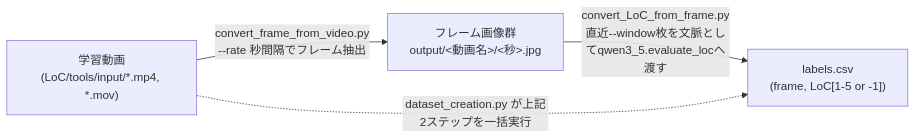
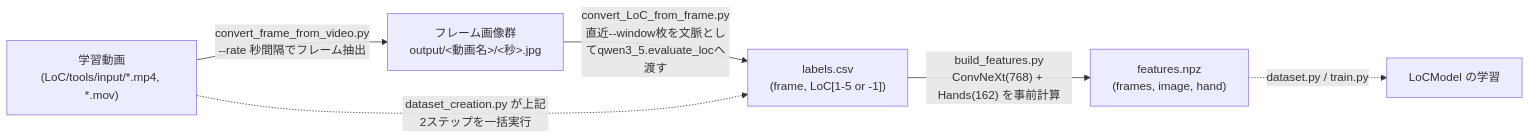
Before and after one commit to moriiwad326-lab/Online_study_room: the second of 2 diagrams in README.md, drawn with Mermaid. The commit also changed other lines of this file and 1 other file, not shown here.

First line of the commit message:
Document the LoC architecture and pipeline in the READMEs

````diff
--- a/README.md
+++ b/README.md
@@ -107,6 +200,10 @@
 ```mermaid
 flowchart LR
     V["学習動画\n(LoC/tools/input/*.mp4, *.mov)"] -->|"convert_frame_from_video.py\n--rate 秒間隔でフレーム抽出"| F["フレーム画像群\noutput/<動画名>/<秒>.jpg"]
     F -->|"convert_LoC_from_frame.py\n直近--window枚を文脈としてqwen3_5.evaluate_locへ渡す"| L["labels.csv\n(frame, LoC[1-5 or -1])"]
+    L -->|"build_features.py
+ConvNeXt(768) + Hands(162) を事前計算"| N["features.npz
+(frames, image, hand)"]
     V -.->|"dataset_creation.py が上記2ステップを一括実行"| L
+    N -.->|"dataset.py / train.py"| M["LoCModel の学習"]
 ```
````
